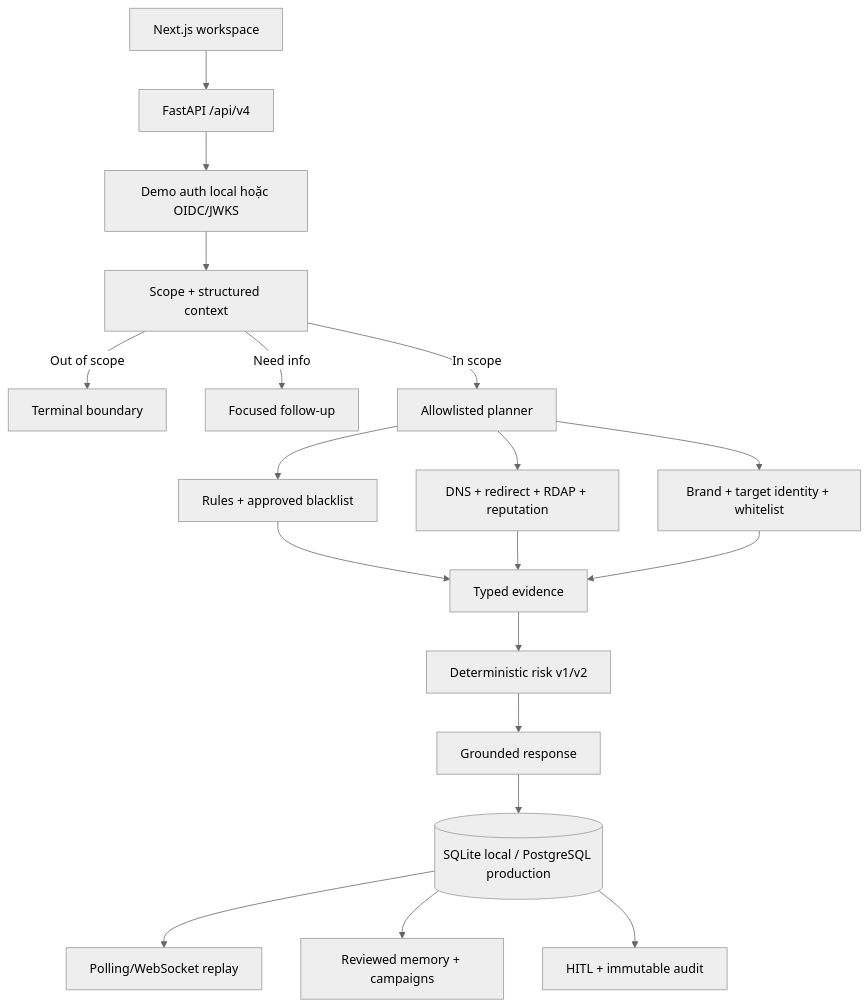
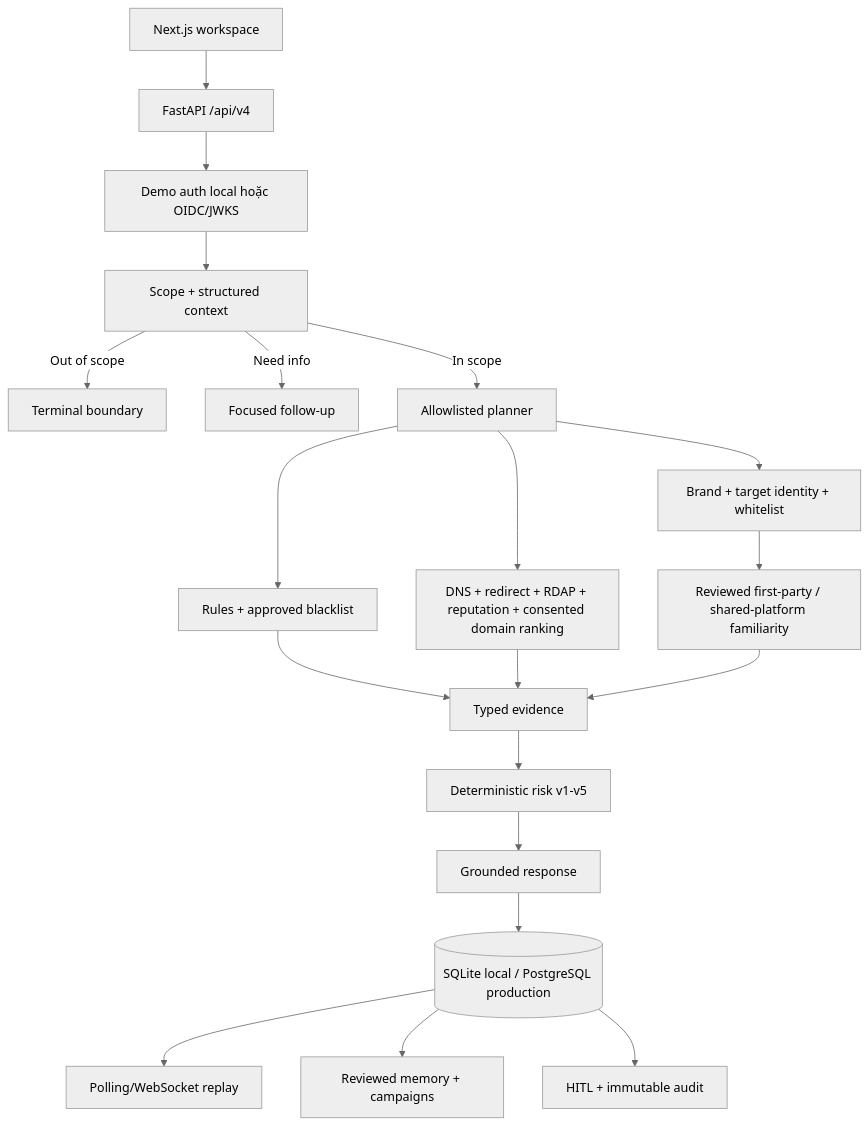
The diagram in docs/PRODUCT_ARCHITECTURE.md (Binhdn04/TrustGuard-AI), drawn with Mermaid (neutral theme) before and after one commit. The commit also changed other lines of this file and 34 other files, not shown here.

````diff
--- a/docs/PRODUCT_ARCHITECTURE.md
+++ b/docs/PRODUCT_ARCHITECTURE.md
@@ -35,21 +35,22 @@
 ```mermaid
 flowchart TD
     UI[Next.js workspace] --> API[FastAPI /api/v4]
     API --> Auth[Demo auth local hoặc OIDC/JWKS]
     Auth --> Scope[Scope + structured context]
     Scope -->|Out of scope| Boundary[Terminal boundary]
     Scope -->|Need info| FollowUp[Focused follow-up]
     Scope -->|In scope| Planner[Allowlisted planner]
     Planner --> Local[Rules + approved blacklist]
-    Planner --> Network[DNS + redirect + RDAP + reputation]
+    Planner --> Network[DNS + redirect + RDAP + reputation + consented domain ranking]
     Planner --> Trust[Brand + target identity + whitelist]
+    Trust --> Familiarity[Reviewed first-party / shared-platform familiarity]
     Local --> Evidence[Typed evidence]
     Network --> Evidence
-    Trust --> Evidence
-    Evidence --> Risk[Deterministic risk v1/v2]
+    Familiarity --> Evidence
+    Evidence --> Risk[Deterministic risk v1-v5]
     Risk --> Response[Grounded response]
     Response --> Store[(SQLite local / PostgreSQL production)]
     Store --> Events[Polling/WebSocket replay]
     Store --> Memory[Reviewed memory + campaigns]
     Store --> Admin[HITL + immutable audit]
 ```
````
